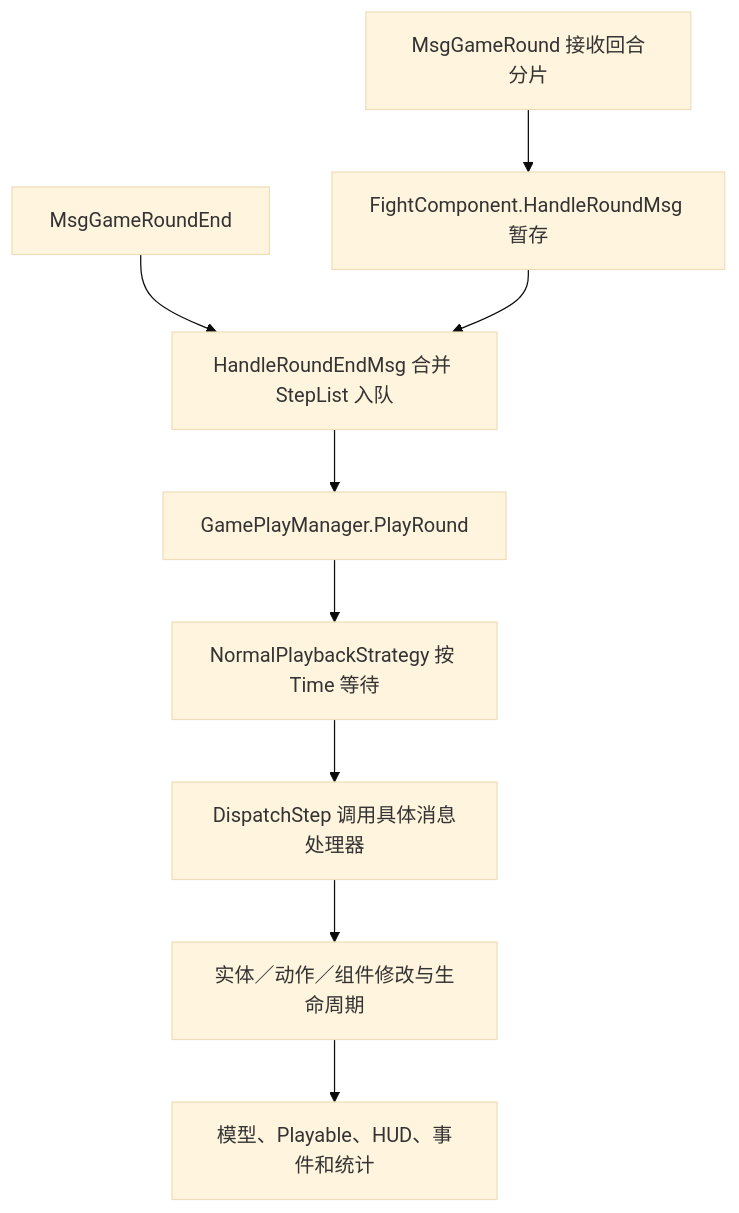
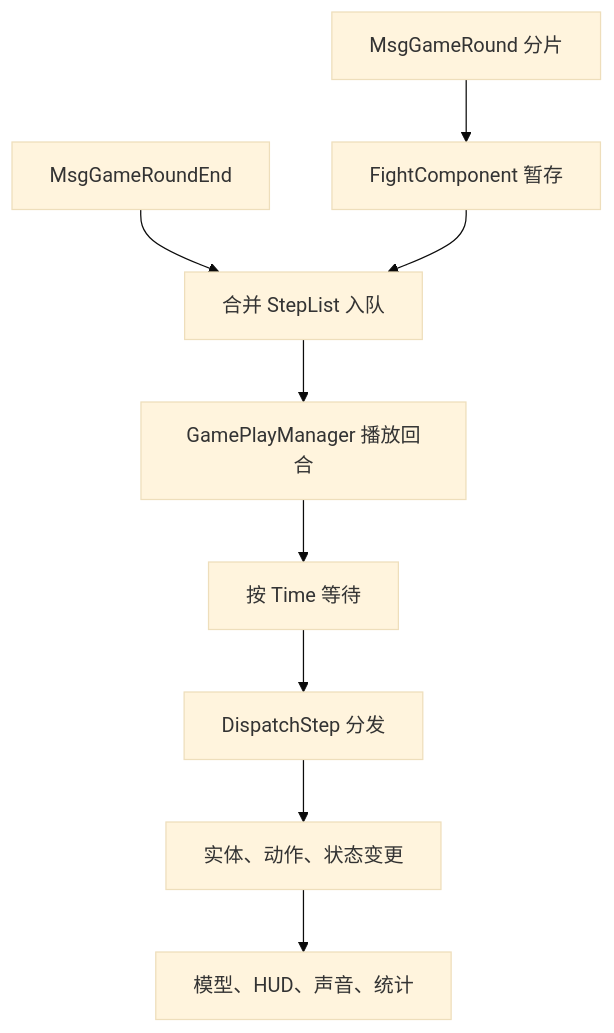
The diagram in docs/features/battle-execution.md (Totoro-debug/zjcs), drawn with Mermaid (base theme) before and after one commit. The commit also changed other lines of this file and 2 other files, not shown here.

````diff
--- a/docs/features/battle-execution.md
+++ b/docs/features/battle-execution.md
@@ -113,11 +95,11 @@
 ```mermaid
 flowchart TD
-    A[MsgGameRound 接收回合分片] --> B[FightComponent.HandleRoundMsg 暂存]
-    C[MsgGameRoundEnd] --> D[HandleRoundEndMsg 合并 StepList 入队]
+    A[MsgGameRound 分片] --> B[FightComponent 暂存]
+    C[MsgGameRoundEnd] --> D[合并 StepList 入队]
     B --> D
-    D --> E[GamePlayManager.PlayRound]
-    E --> F[NormalPlaybackStrategy 按 Time 等待]
-    F --> G[DispatchStep 调用具体消息处理器]
-    G --> H[实体／动作／组件修改与生命周期]
-    H --> I[模型、Playable、HUD、事件和统计]
+    D --> E[GamePlayManager 播放回合]
+    E --> F[按 Time 等待]
+    F --> G[DispatchStep 分发]
+    G --> H[实体、动作、状态变更]
+    H --> I[模型、HUD、声音、统计]
 ```
````
